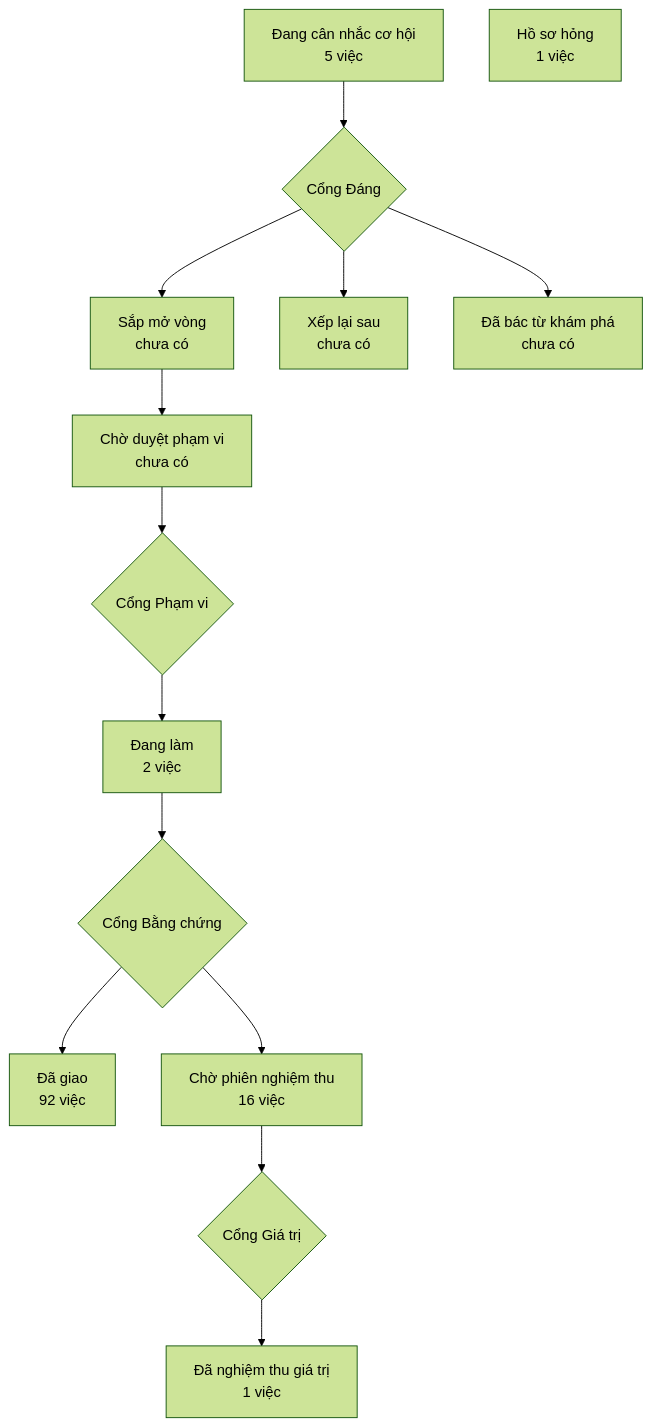
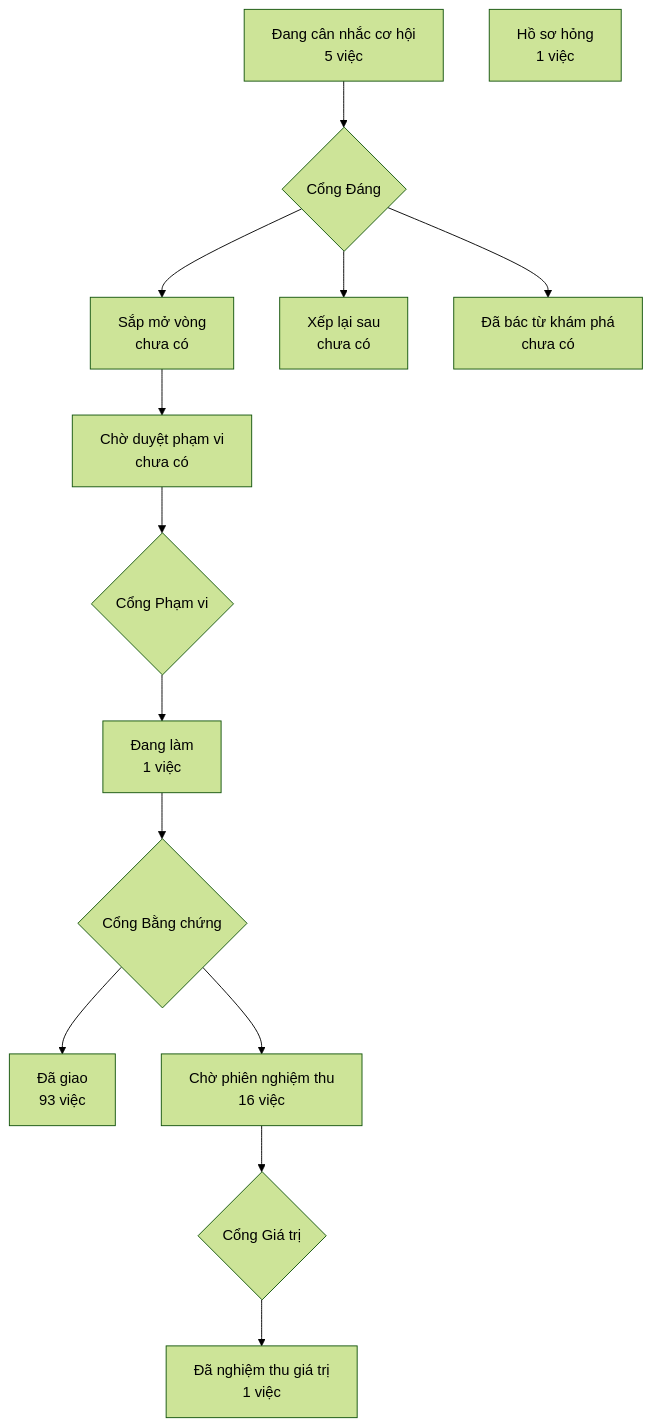
The diagram in PRODUCT-MAP.md (phanlemanh/crm-onehub), drawn with Mermaid (forest theme) before and after one commit. The commit also changed 3 other files, not shown here.

````diff
--- a/PRODUCT-MAP.md
+++ b/PRODUCT-MAP.md
@@ -6,13 +6,13 @@
 ```mermaid
 flowchart TD
   A["Đang cân nhắc cơ hội<br/>5 việc"] --> GD{"Cổng Đáng"}
   GD --> B["Sắp mở vòng<br/>chưa có"]
   GD --> XL["Xếp lại sau<br/>chưa có"]
   GD --> DB["Đã bác từ khám phá<br/>chưa có"]
   B --> CD["Chờ duyệt phạm vi<br/>chưa có"] --> GP{"Cổng Phạm vi"}
-  GP --> DL["Đang làm<br/>2 việc"] --> GB{"Cổng Bằng chứng"}
-  GB --> DG["Đã giao<br/>92 việc"]
+  GP --> DL["Đang làm<br/>1 việc"] --> GB{"Cổng Bằng chứng"}
+  GB --> DG["Đã giao<br/>93 việc"]
   GB --> CN["Chờ phiên nghiệm thu<br/>16 việc"] --> GG{"Cổng Giá trị"}
   GG --> NT["Đã nghiệm thu giá trị<br/>1 việc"]
   HS["Hồ sơ hỏng<br/>1 việc"]
 ```
````
